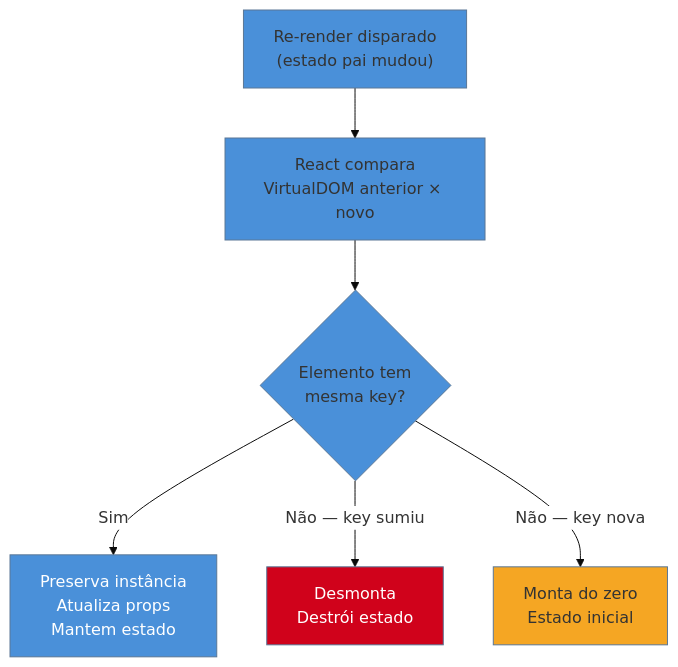
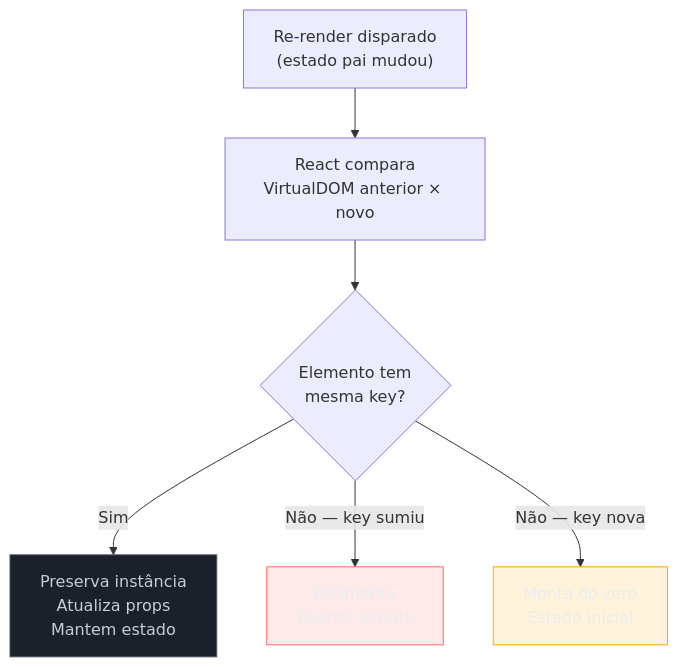
Before and after one commit to josenaldo/codex-technomanticus: the diagram in 03-Dominios/Tecnologia/React/React core/07 - Listas e keys.md, drawn with Mermaid. The commit also changed 1181 other files, not shown here.

First line of the commit message:
fix(diagramas): paleta do sistema no lugar de cor cravada no markdown

````diff
--- a/03-Dominios/Tecnologia/React/React core/07 - Listas e keys.md
+++ b/03-Dominios/Tecnologia/React/React core/07 - Listas e keys.md
@@ -70,13 +70,15 @@
 ```mermaid
-%%{init: {"theme": "base", "themeVariables": {"primaryColor": "#4A90D9", "edgeLabelBackground": "#ffffff"}}}%%
 flowchart TD
+    classDef neutro fill:#1B2029,stroke:#4E5666,color:#C6CCD8
+    classDef falha fill:#FF6B6B24,stroke:#FF6B6B,color:#E9ECF2
+    classDef destaque fill:#FFAA0024,stroke:#FFAA00,color:#E9ECF2
     A["Re-render disparado\n(estado pai mudou)"] --> B["React compara\nVirtualDOM anterior × novo"]
     B --> C{"Elemento tem\nmesma key?"}
     C -->|"Sim"| D["Preserva instância\nAtualiza props\nMantem estado"]
     C -->|"Não — key sumiu"| E["Desmonta\nDestrói estado"]
     C -->|"Não — key nova"| F["Monta do zero\nEstado inicial"]
 
-    style D fill:#4A90D9,color:#fff
-    style E fill:#D0021B,color:#fff
-    style F fill:#F5A623,color:#333
+    class D neutro
+    class E falha
+    class F destaque
 ```
````
